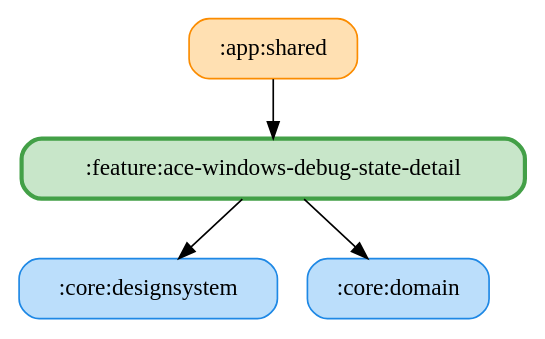
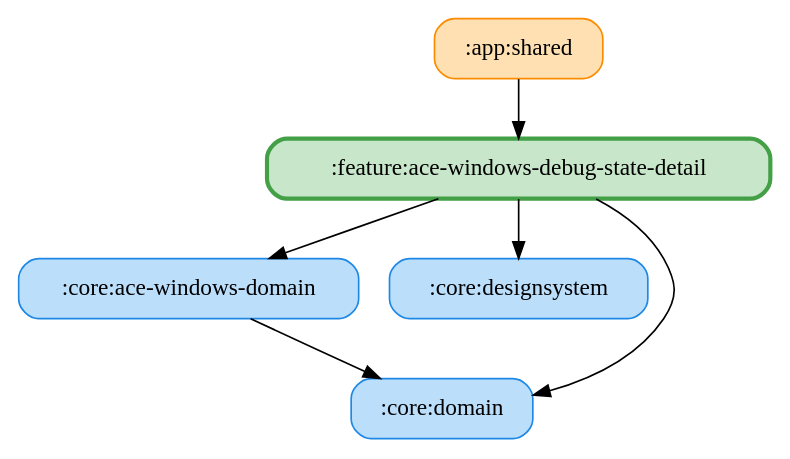
The diagram in docs/graphs/feature-ace-windows-debug-state-detail.gv (ai-kurou/KoDriver), drawn with Graphviz before and after one commit. The commit also changed 34 other files, not shown here.

Commit message:
chore: update module graph images

```diff
--- a/docs/graphs/feature-ace-windows-debug-state-detail.gv
+++ b/docs/graphs/feature-ace-windows-debug-state-detail.gv
@@ -1,11 +1,14 @@
 digraph G {
   rankdir=TB
   node [shape=box, style="rounded,filled"]
   ":app:shared" [fillcolor="#FFE0B2", color="#FB8C00", penwidth=1]
+  ":core:ace-windows-domain" [fillcolor="#BBDEFB", color="#1E88E5", penwidth=1]
   ":core:designsystem" [fillcolor="#BBDEFB", color="#1E88E5", penwidth=1]
   ":core:domain" [fillcolor="#BBDEFB", color="#1E88E5", penwidth=1]
   ":feature:ace-windows-debug-state-detail" [fillcolor="#C8E6C9", color="#43A047", penwidth=2.5]
   ":app:shared" -> ":feature:ace-windows-debug-state-detail"
+  ":core:ace-windows-domain" -> ":core:domain"
   ":feature:ace-windows-debug-state-detail" -> ":core:domain"
   ":feature:ace-windows-debug-state-detail" -> ":core:designsystem"
+  ":feature:ace-windows-debug-state-detail" -> ":core:ace-windows-domain"
 }
```
